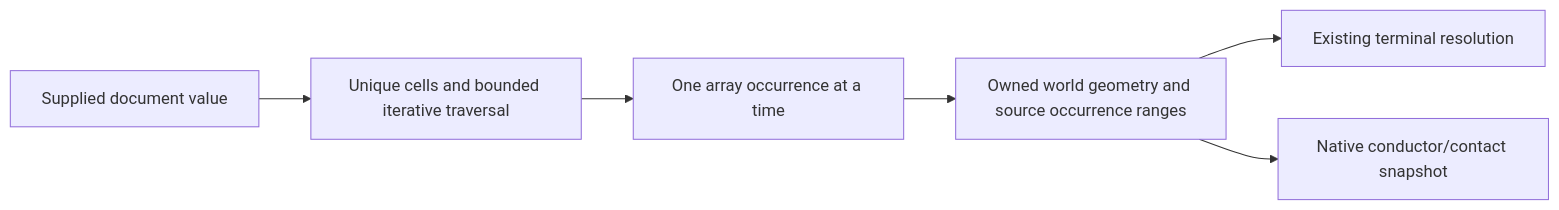
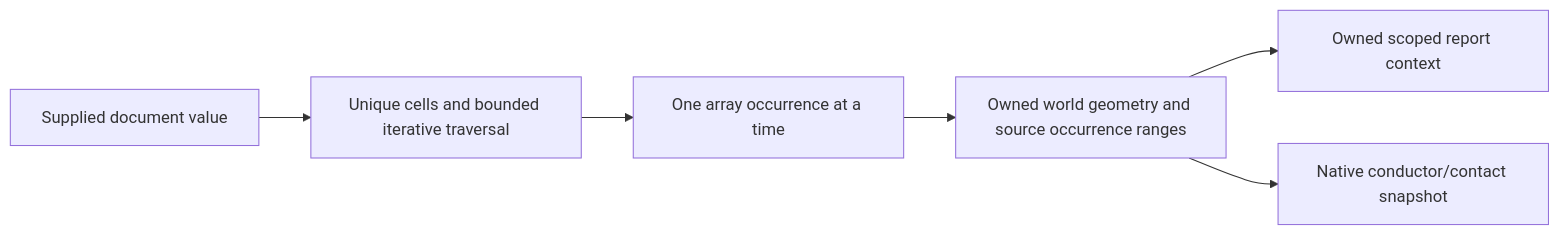
One commit to 1amageek/semiconductor-layout changed the diagram in Sources/LayoutVerify/HierarchyCapture/DESIGN.md. Above: the diagram before and after it, drawn with Mermaid. The commit also changed other lines of this file and 64 other files, not shown here.

````diff
--- a/Sources/LayoutVerify/HierarchyCapture/DESIGN.md
+++ b/Sources/LayoutVerify/HierarchyCapture/DESIGN.md
@@ -23,8 +23,8 @@
 ```mermaid
 flowchart LR
   Source[Supplied document value] --> Admit[Unique cells and bounded iterative traversal]
   Admit --> Repeat[One array occurrence at a time]
   Repeat --> Values[Owned world geometry and source occurrence ranges]
-  Values --> Legacy[Existing terminal resolution]
+  Values --> Report[Owned scoped report context]
   Values --> Native[Native conductor/contact snapshot]
 ```
````
